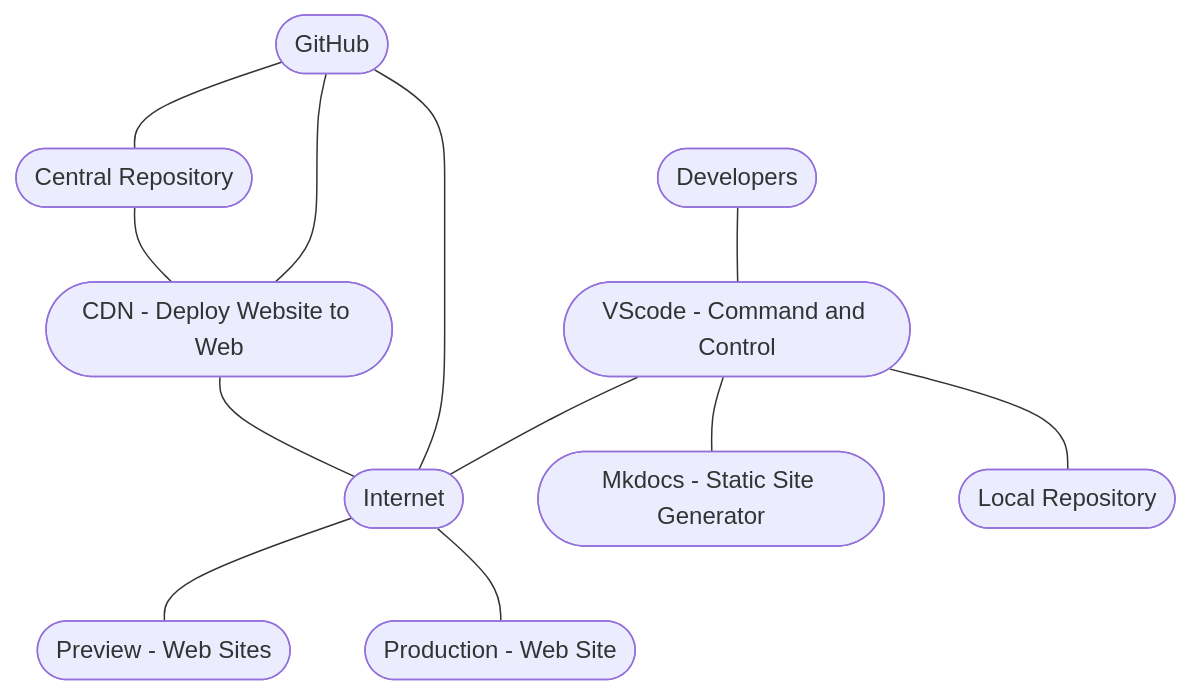
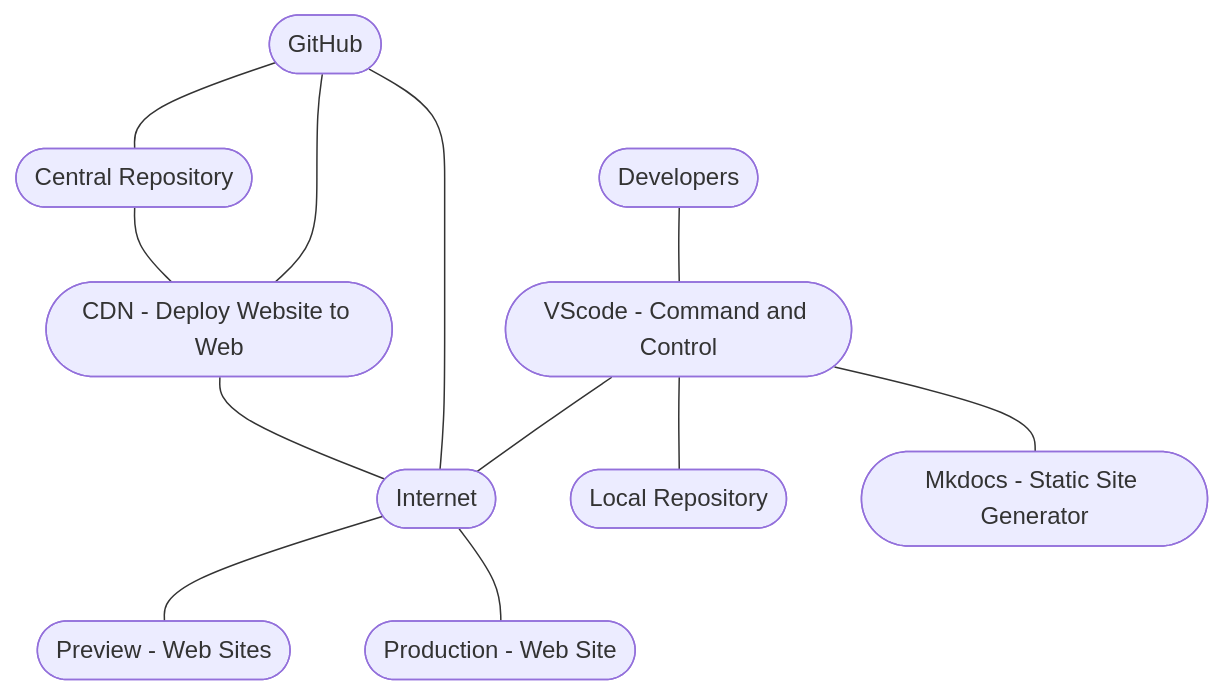
One commit to JohnTelford/mkdocs-2 changed the diagram in docs/website-development-stack.md. Above: the diagram before and after it, drawn with Mermaid.

Commit message:
refactor

````diff
--- a/docs/website-development-stack.md
+++ b/docs/website-development-stack.md
@@ -15,47 +15,47 @@
 ``` mermaid
 flowchart TB
-	dev([Developers]) --- vsc 
-
-
-	vsc([VScode - Command and Control]) 
-
-
 	
-	
-	crepo --- cdn([CDN - Deploy Website to Web])
+	crepo --- cdn
 
 	cdn --- net
 
-	github([GitHub]) 
+	dev --- vsc 
 
-	github --- crepo([Central Repository])
+	github --- crepo
 
 	github --- cdn
 
 	github --- net
 	
-	net([Internet]) 
-
-	mkd([MkDocs])
+	vsc --- lrepo
 	
-	vsc --- lrepo([Local Repository])
-
 	net --- prevweb
 
 	net --- proweb
 
 	vsc --- net
 
 	vsc --- mkd
 
+	dev([Developers])
+
+	cdn([CDN - Deploy Website to Web])
+
+	crepo([Central Repository])
+
+	github([GitHub]) 
+
+	lrepo([Local Repository])
+
 	mkd([Mkdocs - Static Site Generator])
 
-	
+	net([Internet]) 
 	
 	prevweb([Preview - Web Sites])
 
 	proweb([Production - Web Site])
 
+	vsc([VScode - Command and Control]) 
 
 
 ```
````
